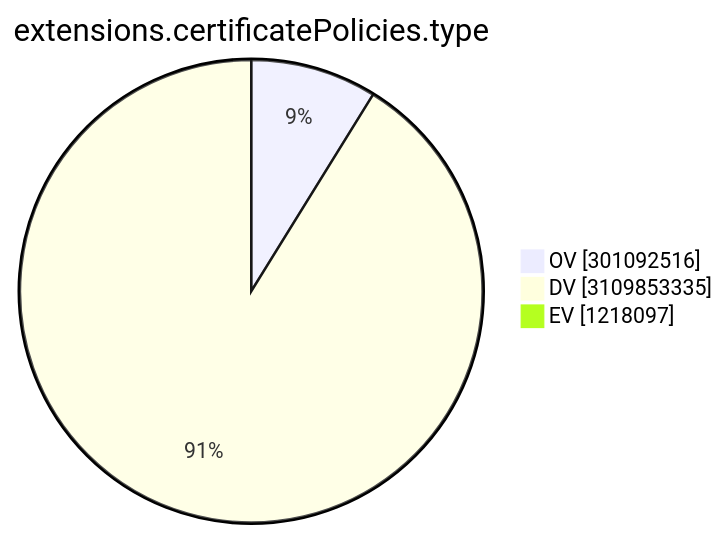
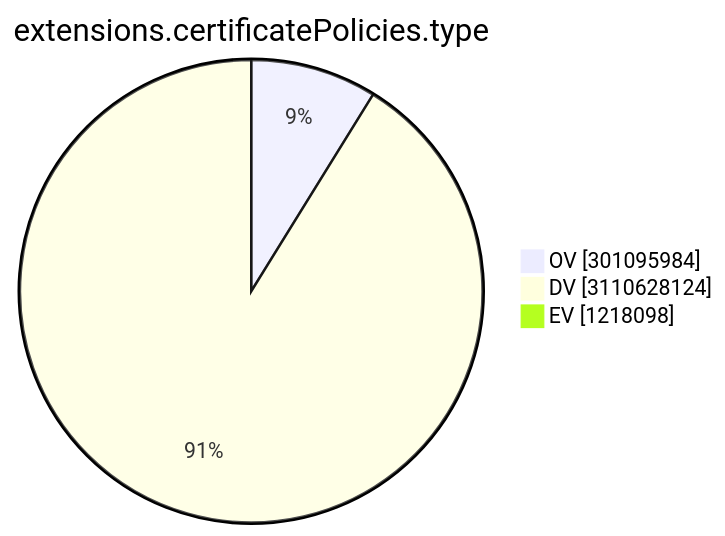
One commit to christiankrug/ctmonitor_visualization changed the ninth of 15 diagrams in TOTAL/README.md. Above: the diagram before and after it, drawn with Mermaid. The commit also changed other lines of this file, not shown here.

````diff
--- a/TOTAL/README.md
+++ b/TOTAL/README.md
@@ -3103,7 +3103,7 @@
 ```mermaid
 pie showData
 title extensions.certificatePolicies.type
-"OV" :301092516
-"DV" :3109853335
-"EV" :1218097
+"OV" :301095984
+"DV" :3110628124
+"EV" :1218098
 ```
````
